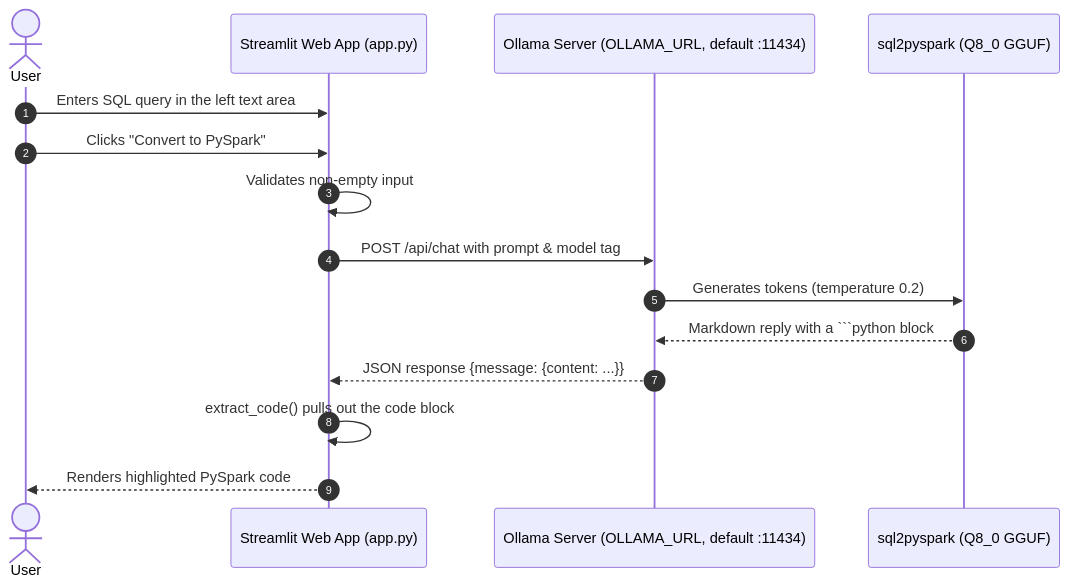
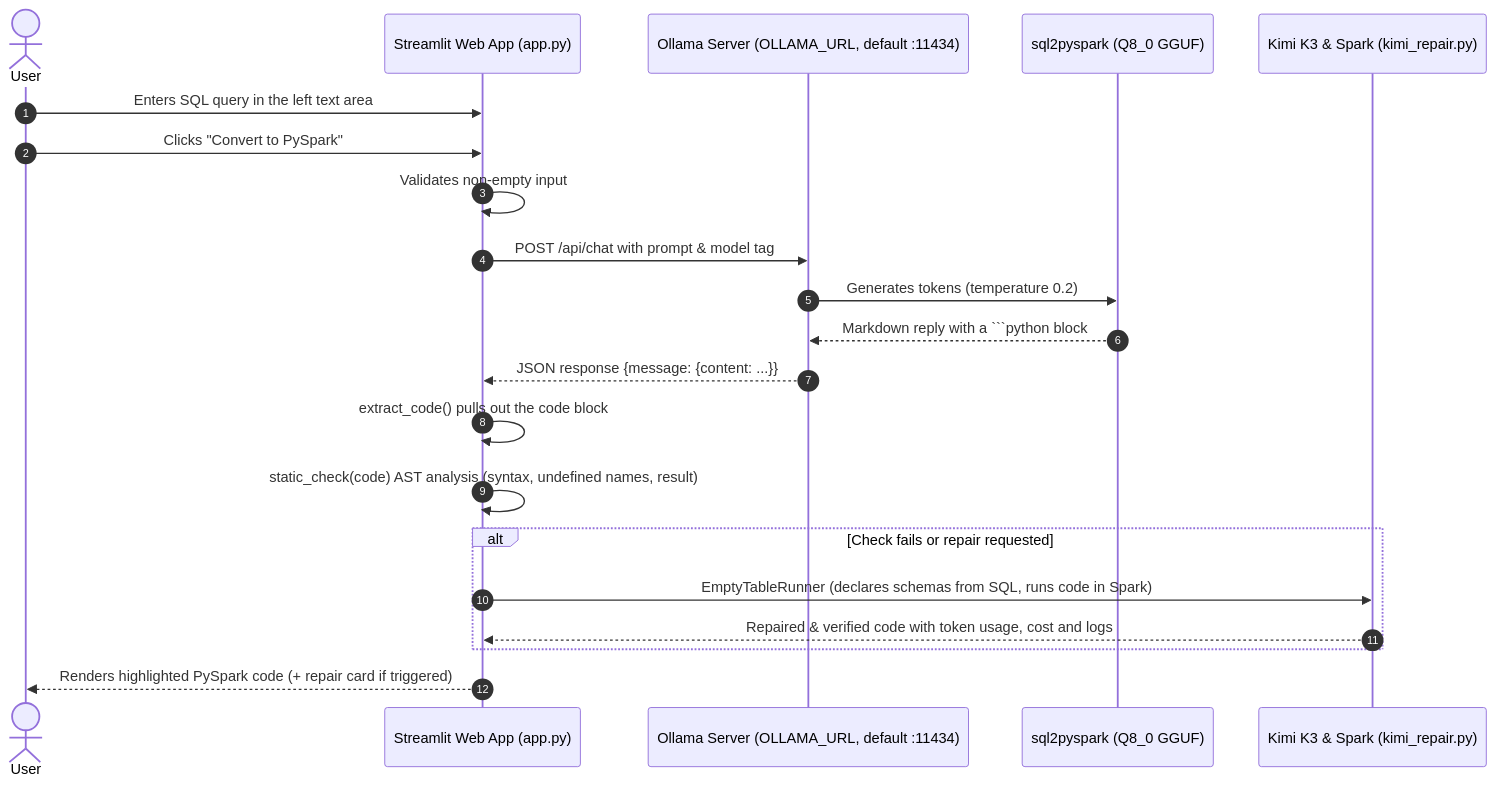
One commit to praponb/Finetuning-LLM changed the diagram in docs/05-serving-and-streamlit-ui.md. Above: the diagram before and after it, drawn with Mermaid. The commit also changed other lines of this file and 20 other files, not shown here.

````diff
--- a/docs/05-serving-and-streamlit-ui.md
+++ b/docs/05-serving-and-streamlit-ui.md
@@ -9,18 +9,24 @@
 ```mermaid
 sequenceDiagram
     autonumber
     actor User
     participant Browser as Streamlit Web App (app.py)
     participant Ollama as Ollama Server (OLLAMA_URL, default :11434)
     participant Model as sql2pyspark (Q8_0 GGUF)
+    participant Kimi as Kimi K3 & Spark (kimi_repair.py)
 
     User->>Browser: Enters SQL query in the left text area
     User->>Browser: Clicks "Convert to PySpark"
     Browser->>Browser: Validates non-empty input
     Browser->>Ollama: POST /api/chat with prompt & model tag
     Ollama->>Model: Generates tokens (temperature 0.2)
     Model-->>Ollama: Markdown reply with a ```python block
     Ollama-->>Browser: JSON response {message: {content: ...}}
     Browser->>Browser: extract_code() pulls out the code block
-    Browser-->>User: Renders highlighted PySpark code
+    Browser->>Browser: static_check(code) AST analysis (syntax, undefined names, result)
+    alt Check fails or repair requested
+        Browser->>Kimi: EmptyTableRunner (declares schemas from SQL, runs code in Spark)
+        Kimi-->>Browser: Repaired & verified code with token usage, cost and logs
+    end
+    Browser-->>User: Renders highlighted PySpark code (+ repair card if triggered)
 ```
````
